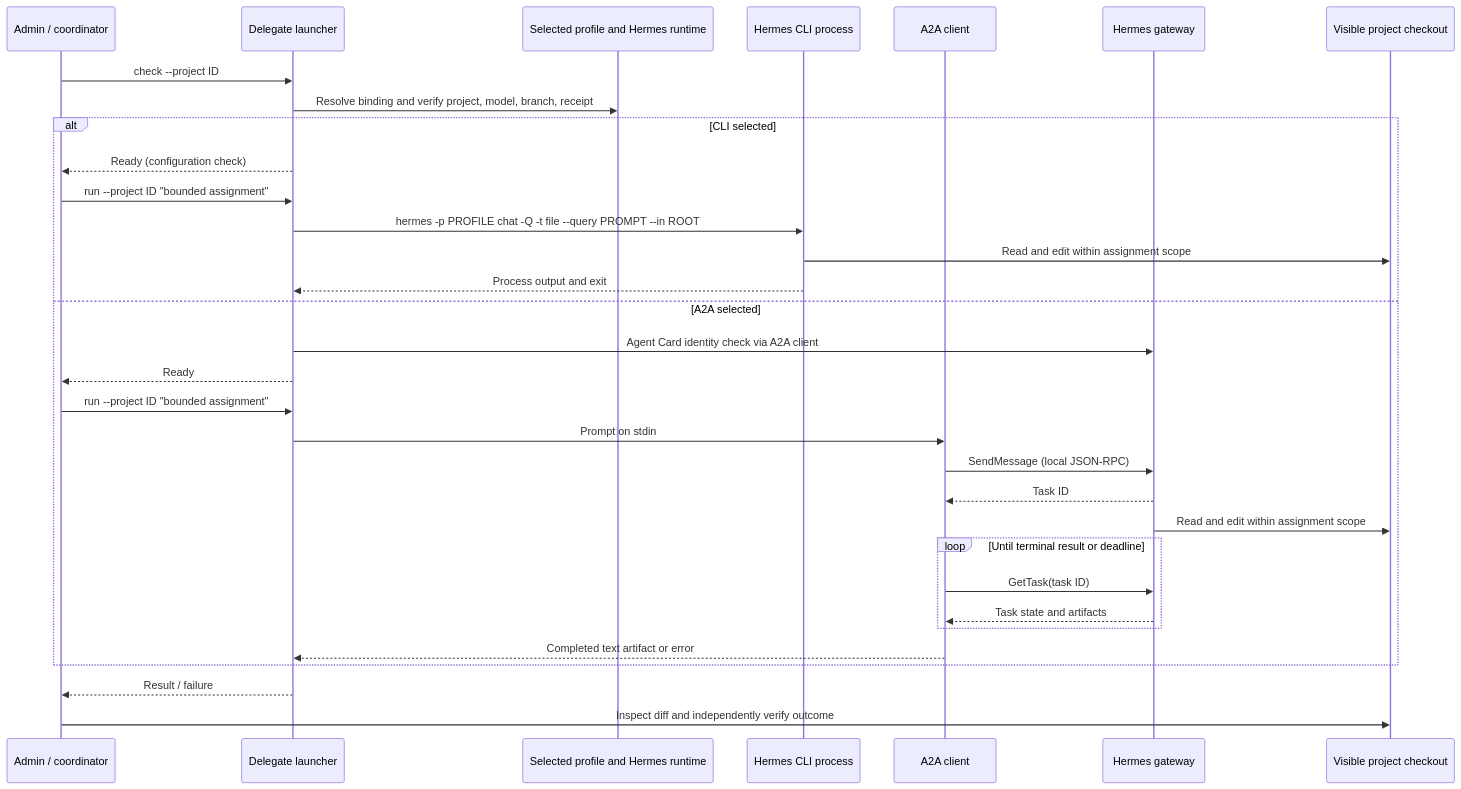
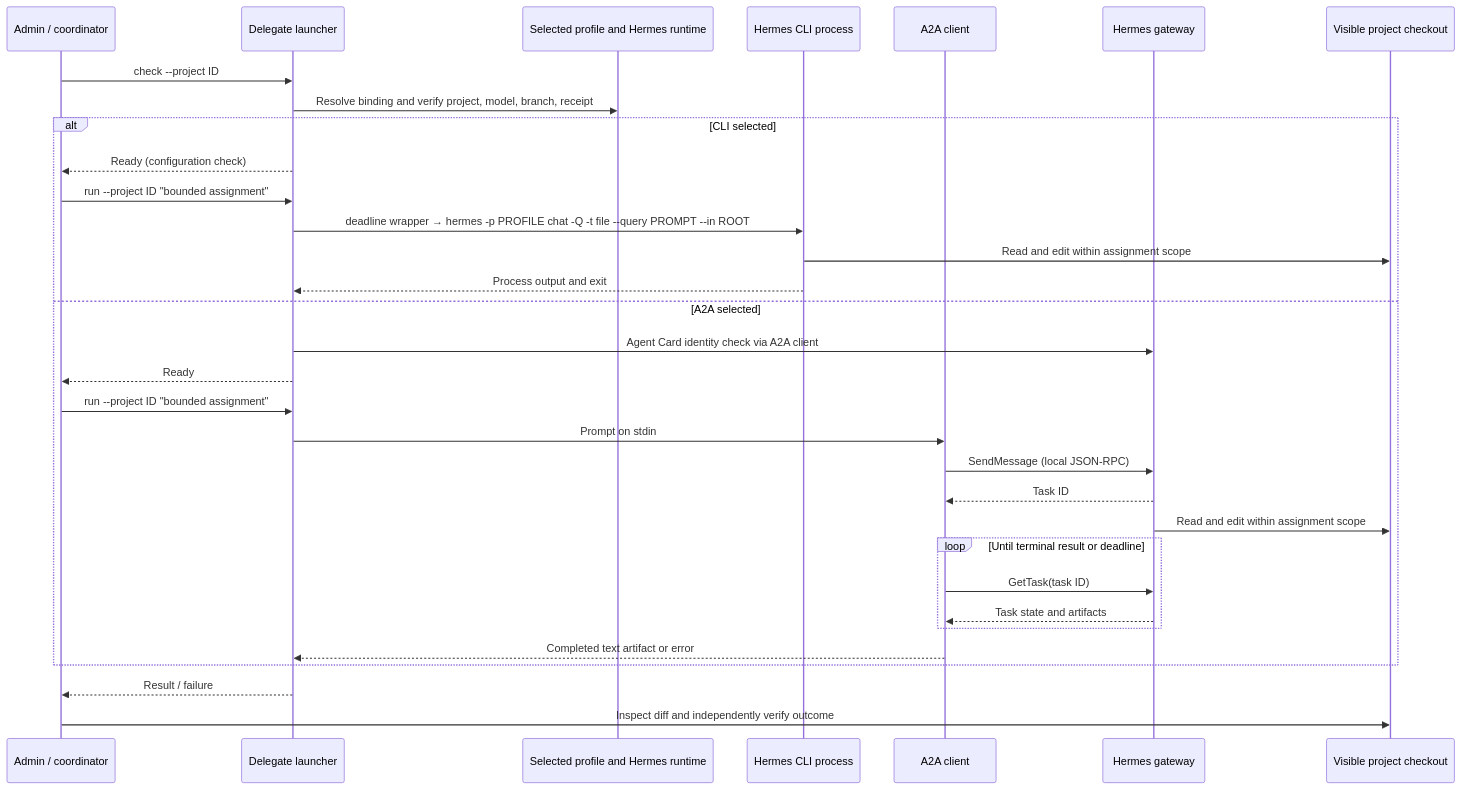
One commit to starodubtsevconsulting/ai-fleas changed the second of 2 diagrams in ai-commands/system/hermes-agents/delegation-architecture.md. Above: the diagram before and after it, drawn with Mermaid. The commit also changed other lines of this file and 7 other files, not shown here.

Commit message:
Bound Hermes CLI Coder runs with process-group deadline

````diff
--- a/ai-commands/system/hermes-agents/delegation-architecture.md
+++ b/ai-commands/system/hermes-agents/delegation-architecture.md
@@ -31,34 +31,34 @@
 ```mermaid
 sequenceDiagram
   participant A as Admin / coordinator
   participant L as Delegate launcher
   participant P as Selected profile and Hermes runtime
   participant C as Hermes CLI process
   participant X as A2A client
   participant G as Hermes gateway
   participant F as Visible project checkout
   A->>L: check --project ID
   L->>P: Resolve binding and verify project, model, branch, receipt
   alt CLI selected
     L-->>A: Ready (configuration check)
     A->>L: run --project ID "bounded assignment"
-    L->>C: hermes -p PROFILE chat -Q -t file --query PROMPT --in ROOT
+    L->>C: deadline wrapper → hermes -p PROFILE chat -Q -t file --query PROMPT --in ROOT
     C->>F: Read and edit within assignment scope
     C-->>L: Process output and exit
   else A2A selected
     L->>G: Agent Card identity check via A2A client
     L-->>A: Ready
     A->>L: run --project ID "bounded assignment"
     L->>X: Prompt on stdin
     X->>G: SendMessage (local JSON-RPC)
     G-->>X: Task ID
     G->>F: Read and edit within assignment scope
     loop Until terminal result or deadline
       X->>G: GetTask(task ID)
       G-->>X: Task state and artifacts
     end
     X-->>L: Completed text artifact or error
   end
   L-->>A: Result / failure
   A->>F: Inspect diff and independently verify outcome
 ```
````
